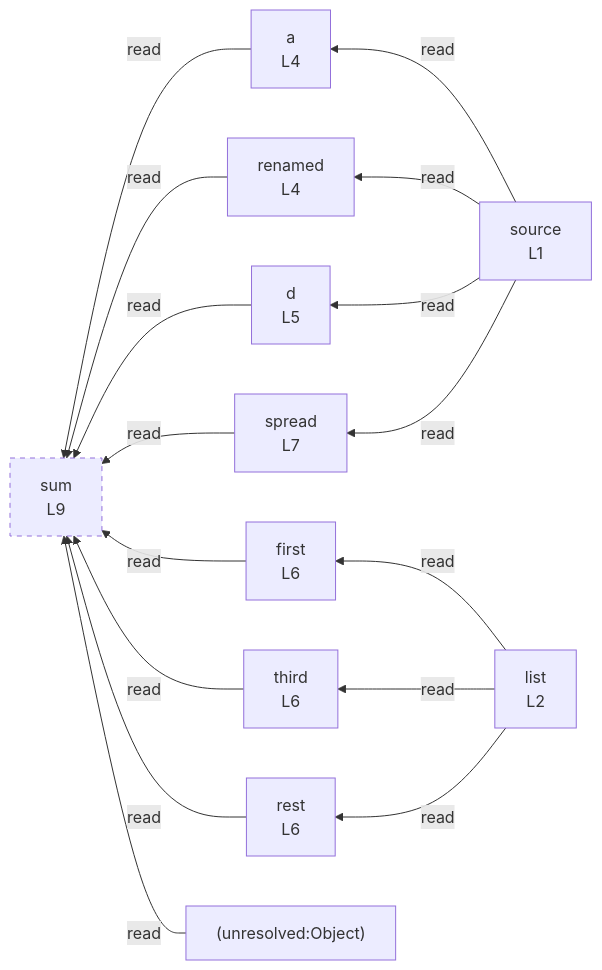
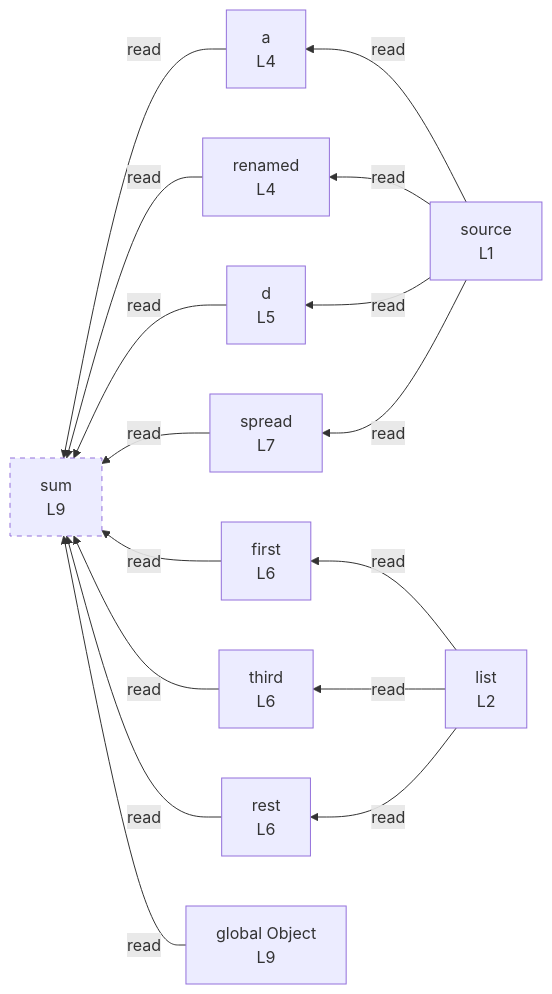
Before and after one commit to crescware/unsnarl: the diagram in integration/fixtures/destructuring/preview.md, drawn with Mermaid. The commit also changed 7 other files, not shown here.

First line of the commit message:
refactor(mermaid): unify ImplicitGlobalVariable label with the rest

````diff
--- a/integration/fixtures/destructuring/preview.md
+++ b/integration/fixtures/destructuring/preview.md
@@ -19,31 +19,31 @@
 ```mermaid
 flowchart RL
   n_scope_0_source_6["source<br/>L1"]
   n_scope_0_list_61["list<br/>L2"]
   n_scope_0_a_95["a<br/>L4"]
   n_scope_0_renamed_101["renamed<br/>L4"]
   n_scope_0_d_139["d<br/>L5"]
   n_scope_0_first_162["first<br/>L6"]
   n_scope_0_third_171["third<br/>L6"]
   n_scope_0_rest_181["rest<br/>L6"]
   n_scope_0_spread_206["spread<br/>L7"]
   n_scope_0_sum_232["sum<br/>L9"]
-  n_scope_0_Object_286["(unresolved:Object)"]
+  n_scope_0_Object_286["global Object<br/>L9"]
   n_scope_0_source_6 -->|read| n_scope_0_a_95
   n_scope_0_source_6 -->|read| n_scope_0_renamed_101
   n_scope_0_source_6 -->|read| n_scope_0_d_139
   n_scope_0_list_61 -->|read| n_scope_0_first_162
   n_scope_0_list_61 -->|read| n_scope_0_third_171
   n_scope_0_list_61 -->|read| n_scope_0_rest_181
   n_scope_0_source_6 -->|read| n_scope_0_spread_206
   n_scope_0_a_95 -->|read| n_scope_0_sum_232
   n_scope_0_renamed_101 -->|read| n_scope_0_sum_232
   n_scope_0_d_139 -->|read| n_scope_0_sum_232
   n_scope_0_first_162 -->|read| n_scope_0_sum_232
   n_scope_0_third_171 -->|read| n_scope_0_sum_232
   n_scope_0_rest_181 -->|read| n_scope_0_sum_232
   n_scope_0_Object_286 -->|read| n_scope_0_sum_232
   n_scope_0_spread_206 -->|read| n_scope_0_sum_232
   classDef unused stroke-dasharray: 5 5;
   class n_scope_0_sum_232 unused;
 ```
````
